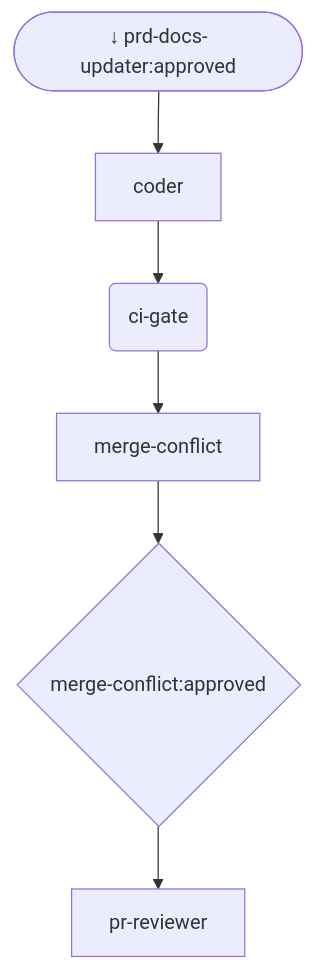
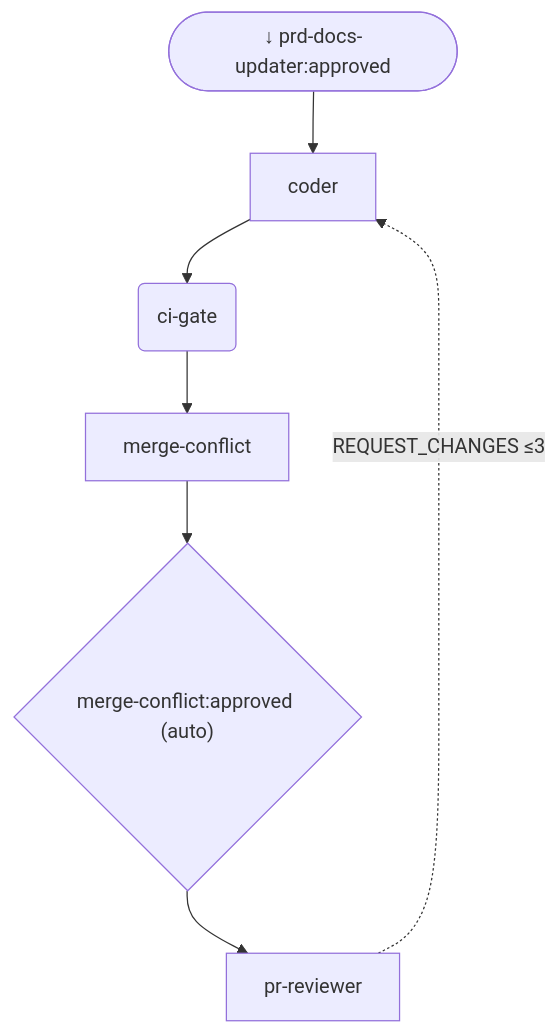
One commit to M-A-Operating-System/ai-coding-standards2 changed the diagram in docs/product/agile/generated/phases/03_execute.mmd. Above: the diagram before and after it, drawn with Mermaid. The commit also changed 10 other files, not shown here.

```diff
--- a/docs/product/agile/generated/phases/03_execute.mmd
+++ b/docs/product/agile/generated/phases/03_execute.mmd
@@ -1,12 +1,13 @@
 flowchart TD
     n_01_product_docs__prd_docs_updater(["↓ prd-docs-updater:approved"])
     n_03_execute__coder["coder"]
     n_03_execute__ci_gate("ci-gate")
     n_03_execute__merge_conflict["merge-conflict"]
     n_03_execute__pr_reviewer["pr-reviewer"]
-    gate__n_03_execute__merge_conflict{"merge-conflict:approved"}
+    gate__n_03_execute__merge_conflict{"merge-conflict:approved (auto)"}
     n_03_execute__merge_conflict --> gate__n_03_execute__merge_conflict
     n_01_product_docs__prd_docs_updater --> n_03_execute__coder
     n_03_execute__coder --> n_03_execute__ci_gate
     n_03_execute__ci_gate --> n_03_execute__merge_conflict
     gate__n_03_execute__merge_conflict --> n_03_execute__pr_reviewer
+    n_03_execute__pr_reviewer -. REQUEST_CHANGES ≤3 .-> n_03_execute__coder
```
